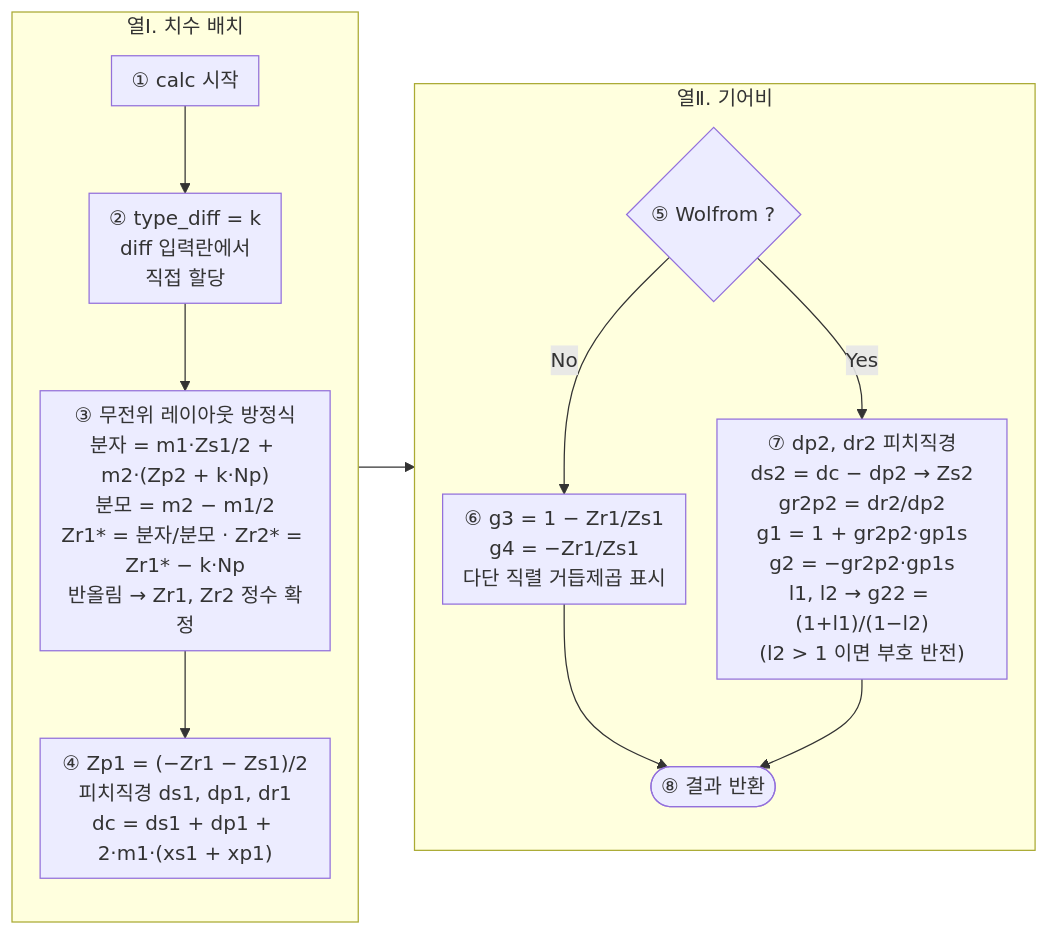
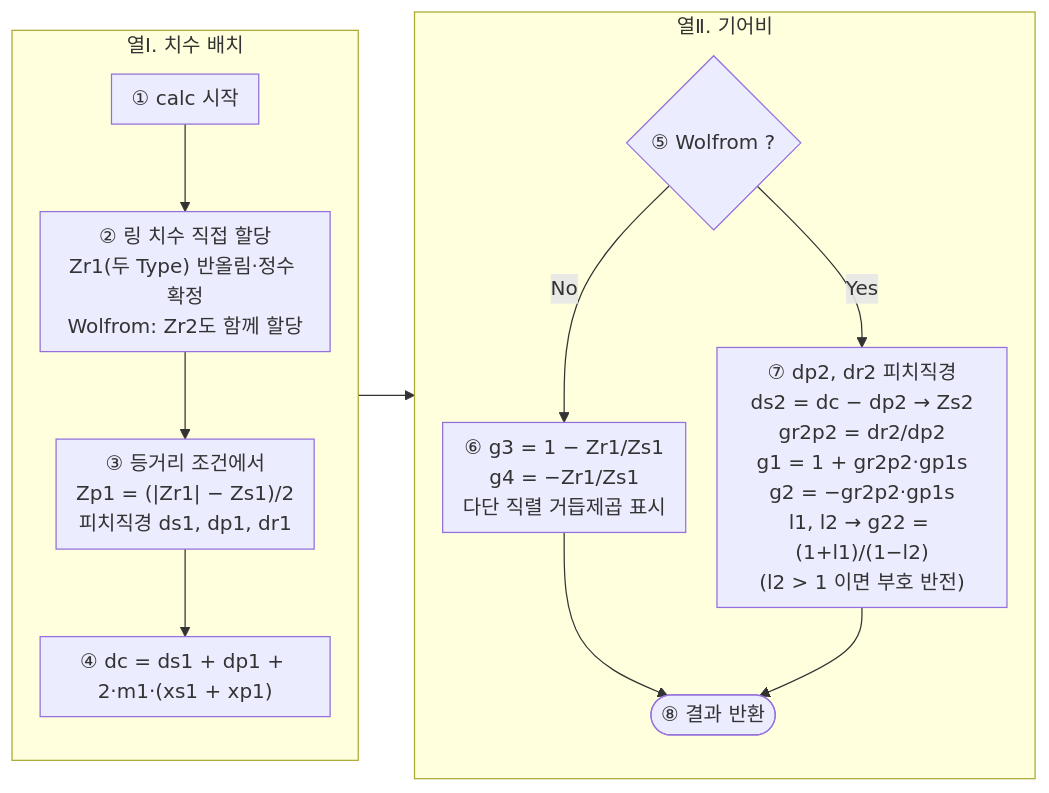
One commit to dymaxionkim/PGS changed the second of 3 diagrams in MANUAL.md. Above: the diagram before and after it, drawn with Mermaid. The commit also changed other lines of this file and 3 other files, not shown here.

````diff
--- a/MANUAL.md
+++ b/MANUAL.md
@@ -673,20 +628,20 @@
 ```mermaid
 %%{init: {"flowchart": {"nodeSpacing": 25, "rankSpacing": 45, "padding": 8}}}%%
 flowchart LR
     subgraph COL1["열Ⅰ. 치수 배치"]
         direction TB
-        A["① calc 시작"] --> B["② type_diff = k<br/>diff 입력란에서<br/>직접 할당"]
-        B --> C["③ 무전위 레이아웃 방정식<br/>분자 = m1·Zs1/2 + m2·(Zp2 + k·Np)<br/>분모 = m2 − m1/2<br/>Zr1* = 분자/분모 · Zr2* = Zr1* − k·Np<br/>반올림 → Zr1, Zr2 정수 확정"]
-        C --> D["④ Zp1 = (−Zr1 − Zs1)/2<br/>피치직경 ds1, dp1, dr1<br/>dc = ds1 + dp1 + 2·m1·(xs1 + xp1)"]
+        A["① calc 시작"] --> B["② 링 치수 직접 할당<br/>Zr1(두 Type) 반올림·정수 확정<br/>Wolfrom: Zr2도 함께 할당"]
+        B --> C["③ 등거리 조건에서<br/>Zp1 = (|Zr1| − Zs1)/2<br/>피치직경 ds1, dp1, dr1"]
+        C --> D["④ dc = ds1 + dp1 + 2·m1·(xs1 + xp1)"]
     end
 
     subgraph COL2["열Ⅱ. 기어비"]
         direction TB
         E{"⑤ Wolfrom ?"} -->|"No"| F["⑥ g3 = 1 − Zr1/Zs1<br/>g4 = −Zr1/Zs1<br/>다단 직렬 거듭제곱 표시"]
         E -->|"Yes"| G["⑦ dp2, dr2 피치직경<br/>ds2 = dc − dp2 → Zs2<br/>gr2p2 = dr2/dp2<br/>g1 = 1 + gr2p2·gp1s<br/>g2 = −gr2p2·gp1s<br/>l1, l2 → g22 = (1+l1)/(1−l2)<br/>(l2 &gt; 1 이면 부호 반전)"]
         F --> H(["⑧ 결과 반환"])
         G --> H
     end
 
     COL1 --> COL2
 ```
````
